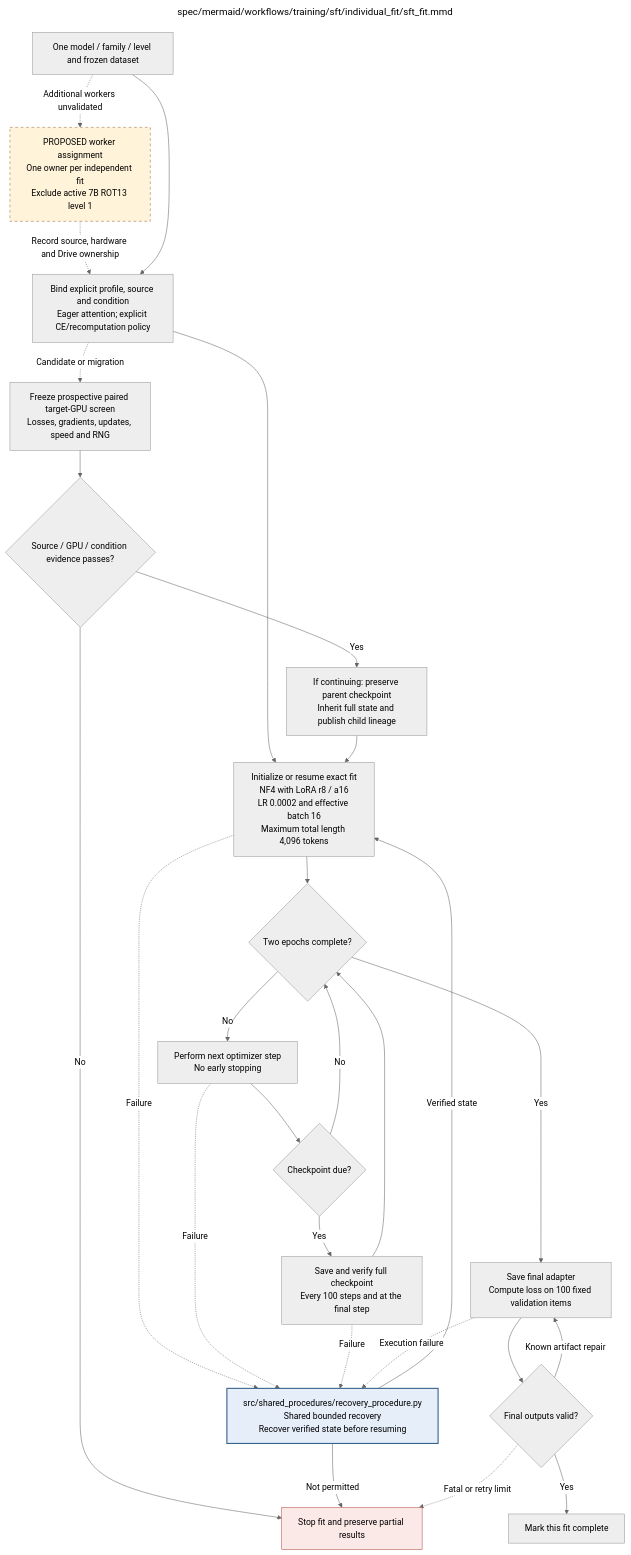
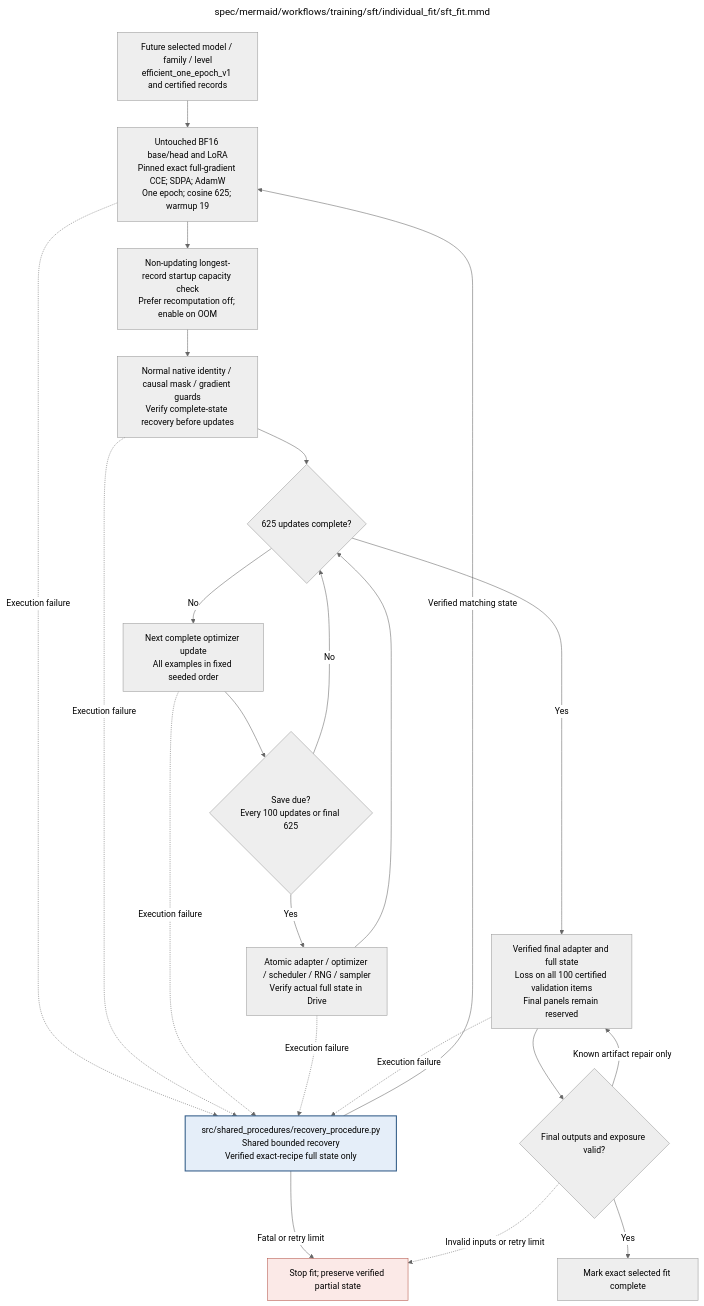
The diagram in docs/modules/training/sft/individual_fit/sft_fit.md (AJUNNYC/inducing_persistent_textual_chain_of_thought_illegibility), drawn with Mermaid (neutral theme) before and after one commit. The commit also changed other lines of this file and 30 other files, not shown here.

Commit message:
Integrate final SFT decisions into protocol PDF, diagrams and documentation

````diff
--- a/docs/modules/training/sft/individual_fit/sft_fit.md
+++ b/docs/modules/training/sft/individual_fit/sft_fit.md
@@ -127,87 +128,46 @@
 title: "spec/mermaid/workflows/training/sft/individual_fit/sft_fit.mmd"
 ---
 flowchart TD
-%% Individual SFT fit
-%% Edit quoted node labels directly; this is native Mermaid.
-%% Source 05f42b0 recovery accepted no recomputation only for 7B ROT13 level 1 on RTX PRO 6000 Blackwell 96GB.
-%% CUDA input caching failed speed; other conditions retain the original execution defaults.
-%% CE defaults to spatial_ce; source 6d21fff flat/fused forward candidates failed numerical bounds.
-%% Source 218900d accepted stock spatial forward/tiled backward only for 7B ROT13 level 1 on Blackwell96GB.
-%% Historical source 218900d inherited step 401 with preserved parent checkpoints and verified Drive state.
-%% Source a6e3295 accepted spatial_scheduled_ce for the same selected condition; serial FP32 forward order retained.
-%% Two counterbalanced step-509 pairs passed bitwise state/RNG and additional 24.70-24.98% median time reduction.
-%% Historical a6e3295 lineage began at step 509 with preserved parent bytes.
-%% Final source 07f8a68 copy-removal trial passed bitwise state/RNG but failed speed; rejected.
-%% Resume accepted a6e3295 from step 673 in the same existing lineage; no new migration.
-%% Optimization rounds are closed; all scientific settings and 40 planned fits are retained.
-%% PROPOSED only: two PRO 6000 workers for 14B and two Colab A100 workers for remaining 7B fits.
-%% Current 7B ROT13 level 1 stays owned; no duplicate condition, new deployment or A100/14B approval.
-%% Planning source: docs/sft_multi_gpu_execution_plan.md; forecasts are estimates, not benchmarks.
-%% Loss trials compare against active no recomputation; preserve latest full-state progress and RNG.
-%% Execution contract: known faults use bounded recovery; unclassified/persistent faults stop the worker.
-%% Frozen invalid inputs are fatal. Unrecoverable child failures propagate; never release incomplete results.
-%% Individual SFT fit
-%% No warm-start from another level; only an exact-fit full checkpoint may resume training.
-%% SFT setup and resumption
-%% NF4 double quantization, BF16; original activation-checkpointing default is enabled.
-%% A measured explicit profile may override activation recomputation after identical PEFT preparation.
-%% Immutable CUDA input caching preserves per-example tensors, sampler order and microbatch shapes.
-%% Source/hardware/profile migration preserves parent full state and writes separate verified lineage.
-%% LoRA rank 8 / alpha 16 / dropout .05; attention and MLP targets.
-%% LR 2e-4; paged AdamW32; cosine schedule; warmup 3%; weight decay 0.
-%% Microbatch 1; gradient accumulation 16; effective batch 16; max length 4096; seed 42.
-%% Known setup failures use shared bounded recovery before this procedure returns STOP.
-%% A corrupt claimed recovery checkpoint must not silently cause a fresh run with overwritten provenance.
-%% SFT optimization
-%% Full checkpoint includes adapter, optimizer, scheduler, RNG and data position.
-%% Interrupted updates roll back to a verified full checkpoint; counters survive rollback.
-%% If interruption occurs before the first checkpoint, an explicitly recorded fresh restart uses the fixed seed.
-%% No early stopping; scientific validation results cannot alter the fixed two-epoch schedule.
-%% SFT final validation and saving
-%% Retain already valid upstream artifacts; retry only the failed save or validation computation.
-%% Validation loss is reported; it does not trigger early stopping or extra training.
-%% SETUP verifies full checkpoint identity/integrity or initializes an untouched base; corrupt existing recovery state is not silently discarded.
-%% SETUP applies masking, gradient and data-identity checks before any update. Effective batch 16 and max length 4096.
-%% AUDIT->FINAL permits only a known safe artifact repair within persistent finite retry budgets. Frozen-input faults stop.
-%% Retry only the failed final save / validation operation; retain valid upstream outputs and trained state.
-%% Interrupted updates require rollback to verified state; replay is recorded and never resets retry counters.
+%% efficient_one_epoch_v1: BF16 unquantized base/head, full-gradient direct CCE, SDPA, AdamW.
+%% CCE pinned upstream; filter_eps=None, filter_e_grad=False, filter_c_grad=False.
+%% FP32 loss and hidden-gradient accumulation; no gradient pruning or Qwen patch.
+%% No materialized full token-by-vocabulary logits; no equivalence to historical FP32 head promised.
+%% All 10,000 examples once; 625 updates and 19 warmup; micro 1 / accumulation 16 / effective 16.
+%% Completion-only per-example means; full 4096 eligibility without truncation; seed 42.
+%% LoRA 8 / 16 / .05, all seven projections, LR 2e-4, zero decay, max norm .3.
+%% Checkpoints every 100 updates and final 625; actual Drive verification before retention/completion.
+%% Normal native startup guards unrun; no optimization campaign, no selected job, all training PAUSED.
+%% Prefer checkpointing off; a non-updating longest-record capacity probe may enable recomputation on OOM.
+%% Exact-fit recovery restores the recorded policy; old NF4 states cannot be relabelled.
 %% Child: RECOVER => ../../../shared_procedures/recovery_procedure.mmd
-    INPUT["One model / family / level and frozen dataset"]
-    SETUP["Initialize or resume exact fit<br/>NF4 with LoRA r8 / a16<br/>LR 0.0002 and effective batch 16<br/>Maximum total length 4,096 tokens"]
-    DONE{"Two epochs complete?"}
-    STEP["Perform next optimizer step<br/>No early stopping"]
-    DUE{"Checkpoint due?"}
-    SAVE["Save and verify full checkpoint<br/>Every 100 steps and at the final step"]
+    INPUT["Future selected model / family / level<br/>efficient_one_epoch_v1 and certified records"]
+    SETUP["Untouched BF16 base/head and LoRA<br/>Pinned exact full-gradient CCE; SDPA; AdamW<br/>One epoch; cosine 625; warmup 19"]
+    CAPACITY["Non-updating longest-record startup capacity check<br/>Prefer recomputation off; enable on OOM"]
+    GUARDS["Normal native identity / causal mask / gradient guards<br/>Verify complete-state recovery before updates"]
+    DONE{"625 updates complete?"}
+    STEP["Next complete optimizer update<br/>All examples in fixed seeded order"]
+    DUE{"Save due?<br/>Every 100 updates or final 625"}
+    SAVE["Atomic adapter / optimizer / scheduler / RNG / sampler<br/>Verify actual full state in Drive"]
+    FINAL["Verified final adapter and full state<br/>Loss on all 100 certified validation items<br/>Final panels remain reserved"]
+    AUDIT{"Final outputs and exposure valid?"}
+    OUT["Mark exact selected fit complete"]
+    RECOVER["src/shared_procedures/recovery_procedure.py<br/>Shared bounded recovery<br/>Verified exact-recipe full state only"]
+    STOP["Stop fit; preserve verified partial state"]
+    INPUT --> SETUP --> CAPACITY --> GUARDS --> DONE
     DONE -->|No| STEP --> DUE
     DUE -->|Yes| SAVE --> DONE
     DUE -->|No| DONE
-    FINAL["Save final adapter<br/>Compute loss on 100 fixed validation items"]
-    AUDIT{"Final outputs valid?"}
-    OUT["Mark this fit complete"]
-    FINAL --> AUDIT
+    DONE -->|Yes| FINAL --> AUDIT
     AUDIT -->|Yes| OUT
-    AUDIT -->|Known artifact repair| FINAL
-    RECOVER["src/shared_procedures/recovery_procedure.py<br/>Shared bounded recovery<br/>Recover verified state before resuming"]
-    STOP["Stop fit and preserve partial results"]
-    PROFILE["Bind explicit profile, source and condition<br/>Eager attention; explicit CE/recomputation policy"]
-    MEASURE["Freeze prospective paired target-GPU screen<br/>Losses, gradients, updates, speed and RNG"]
-    ACCEPT{"Source / GPU / condition evidence passes?"}
-    MIGRATE["If continuing: preserve parent checkpoint<br/>Inherit full state and publish child lineage"]
-    PROPOSED["PROPOSED worker assignment<br/>One owner per independent fit<br/>Exclude active 7B ROT13 level 1"]
-    INPUT -.->|Additional workers unvalidated| PROPOSED
-    PROPOSED -.->|Record source, hardware and Drive ownership| PROFILE
-    INPUT --> PROFILE --> SETUP --> DONE
-    PROFILE -.->|Candidate or migration| MEASURE --> ACCEPT
-    ACCEPT -->|Yes| MIGRATE --> SETUP
-    ACCEPT -->|No| STOP
-    DONE -->|Yes| FINAL
-    SETUP -.->|Failure| RECOVER
-    STEP -.->|Failure| RECOVER
-    SAVE -.->|Failure| RECOVER
+    AUDIT -->|Known artifact repair only| FINAL
+    SETUP -.->|Execution failure| RECOVER
+    GUARDS -.->|Execution failure| RECOVER
+    STEP -.->|Execution failure| RECOVER
+    SAVE -.->|Execution failure| RECOVER
     FINAL -.->|Execution failure| RECOVER
-    RECOVER -->|Verified state| SETUP
-    RECOVER -->|Not permitted| STOP
-    AUDIT -.->|Fatal or retry limit| STOP
+    RECOVER -->|Verified matching state| SETUP
+    RECOVER -->|Fatal or retry limit| STOP
+    AUDIT -.->|Invalid inputs or retry limit| STOP
     classDef detail fill:#e5eef9,stroke:#365f8a,stroke-width:2px
     class RECOVER detail
     classDef stop fill:#fbe9e7,stroke:#b45448
@@ -217,8 +177,5 @@
 %% Module documentation: docs/modules/training/sft/individual_fit/sft_fit.md
 %% Unit test: tests/unit/training/sft/individual_fit/test_sft_fit.py
 %% Owner: sft
-%% Source sections: C.2.2–C.2.4; E.1.3; E.2.4,E.2.6; H.9
-
-    classDef proposal fill:#fff3d9,stroke:#95733f,stroke-dasharray:5 5
-    class PROPOSED proposal
+%% Source sections: C.2.2-C.2.4; E.1.3; E.2.4,E.2.6; H.9; authorized efficient redesign
 ```
````
